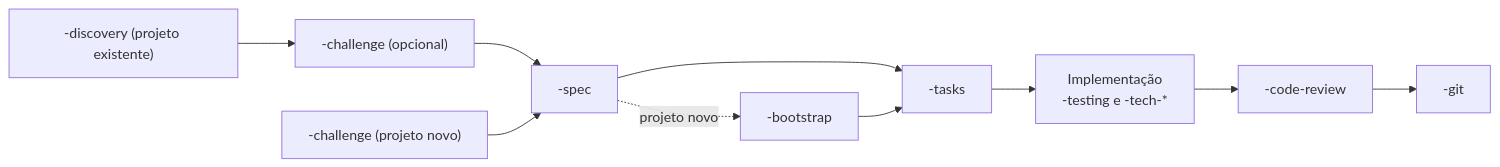
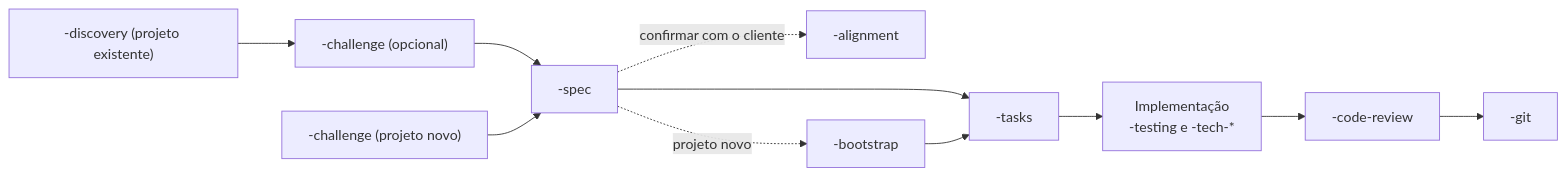
Before and after one commit to heliomarpm/skills: the diagram in README.md, drawn with Mermaid. The commit also changed other lines of this file and 2 other files, not shown here.

First line of the commit message:
feat(skills): ✨ adicionar skill -alignment

````diff
--- a/README.md
+++ b/README.md
@@ -91,11 +92,12 @@
 ```mermaid
 flowchart LR
   D["-discovery (projeto existente)"] --> CO["-challenge (opcional)"] --> S["-spec"]
   C["-challenge (projeto novo)"] --> S
+  S -.->|confirmar com o cliente| A["-alignment"]
   S -.->|projeto novo| B["-bootstrap"]
   S --> T["-tasks"]
   B --> T
   T --> I["Implementação<br/>-testing e -tech-*"]
   I --> R["-code-review"]
   R --> G["-git"]
 ```
````
